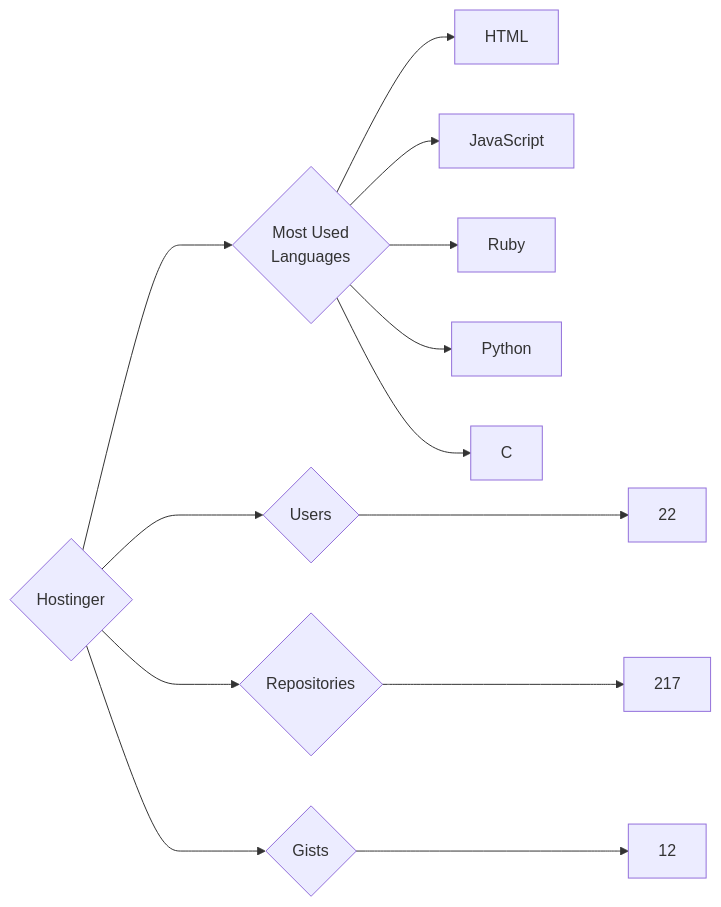
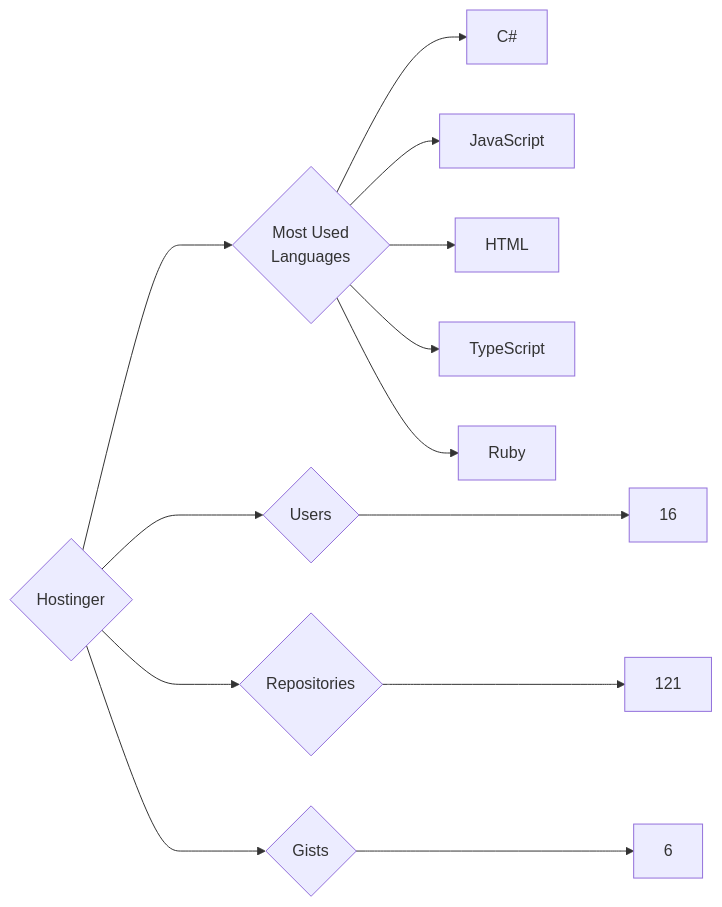
The diagram in targets/Hostinger/README.md (trickest/insiders), drawn with Mermaid before and after one commit. The commit also changed 861 other files, not shown here.

````diff
--- a/targets/Hostinger/README.md
+++ b/targets/Hostinger/README.md
@@ -3,13 +3,13 @@
 ```mermaid
 graph LR
 COMPANY_NAME{Hostinger}
-COMPANY_NAME ---> U{Users} ---> UN[22]
-COMPANY_NAME ---> R{Repositories} ---> RN[217]
-COMPANY_NAME ---> G{Gists} ---> GN[12]
+COMPANY_NAME ---> U{Users} ---> UN[16]
+COMPANY_NAME ---> R{Repositories} ---> RN[121]
+COMPANY_NAME ---> G{Gists} ---> GN[6]
 COMPANY_NAME ---> ML{Most Used<br>Languages}
+ML --> C#[C#]
+ML --> JavaScript[JavaScript]
 ML --> HTML[HTML]
-ML --> JavaScript[JavaScript]
+ML --> TypeScript[TypeScript]
 ML --> Ruby[Ruby]
-ML --> Python[Python]
-ML --> C[C]
 ```
````
